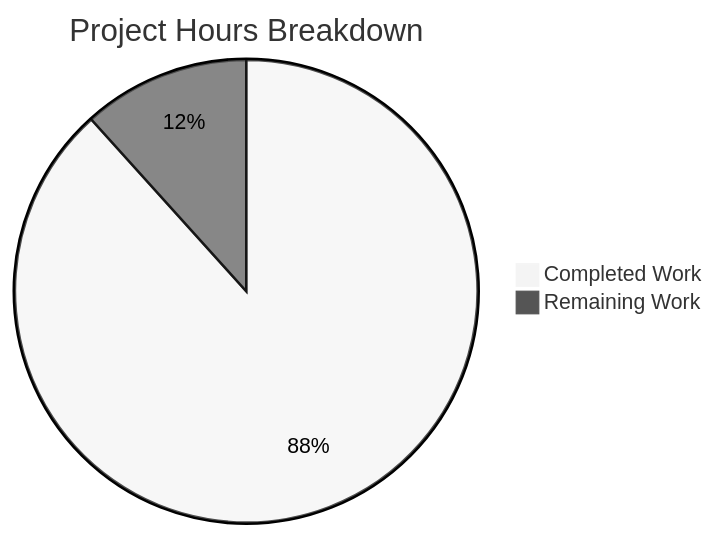
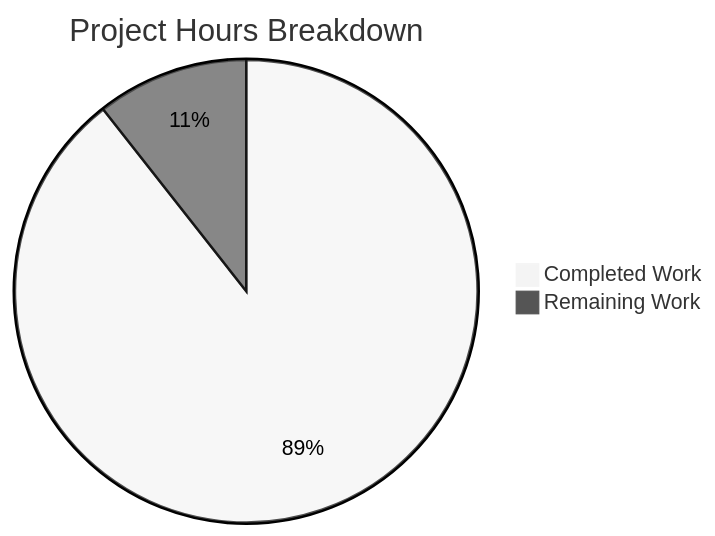
Before and after one commit to sudhanshu-spec/test-spec: the diagram in blitzy/documentation/Project Guide.md, drawn with Mermaid (neutral theme). The commit also changed other lines of this file, not shown here.

Commit message:
Adding Blitzy Project Guide: Project Status and Human Tasks Remaining

````diff
--- a/blitzy/documentation/Project Guide.md
+++ b/blitzy/documentation/Project Guide.md
@@ -87,5 +77,5 @@
 ```mermaid
 pie title Project Hours Breakdown
-    "Completed Work" : 60.5
-    "Remaining Work" : 8
+    "Completed Work" : 59
+    "Remaining Work" : 7
 ```
````
